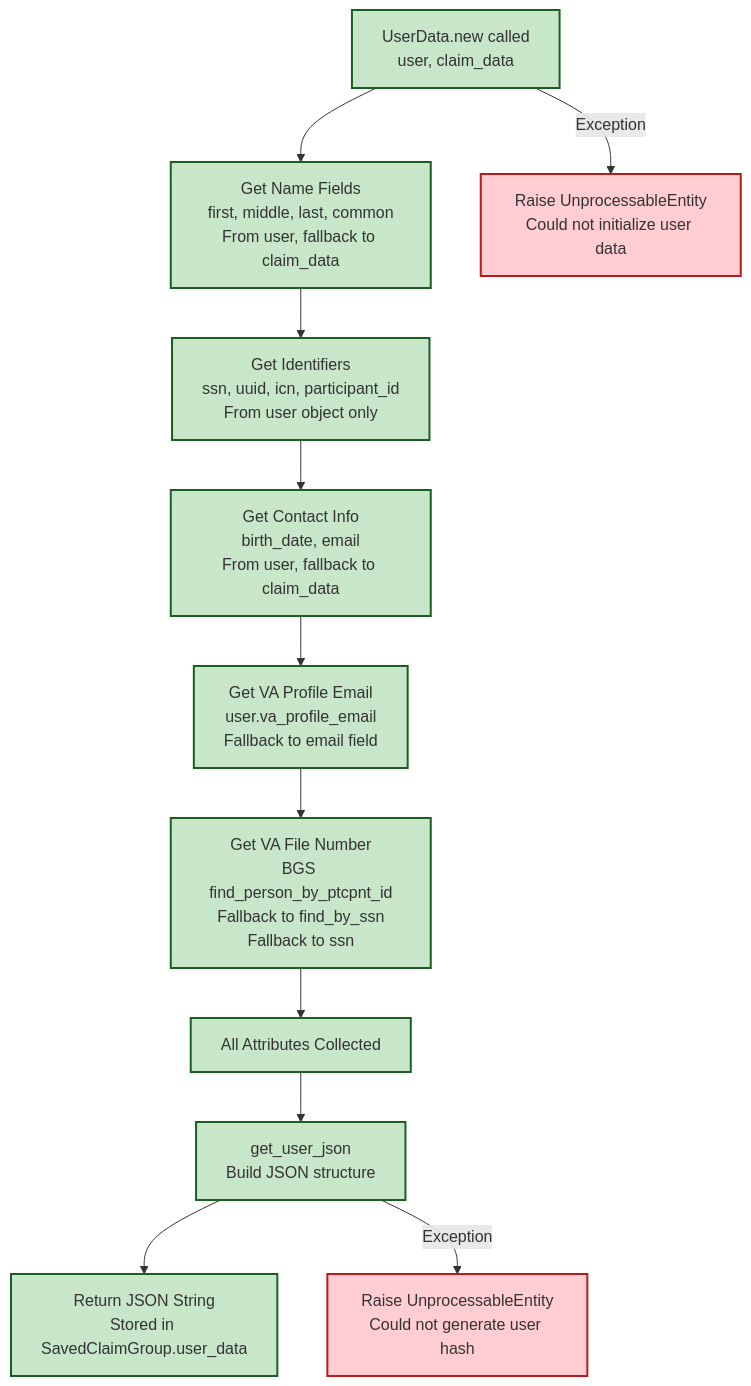
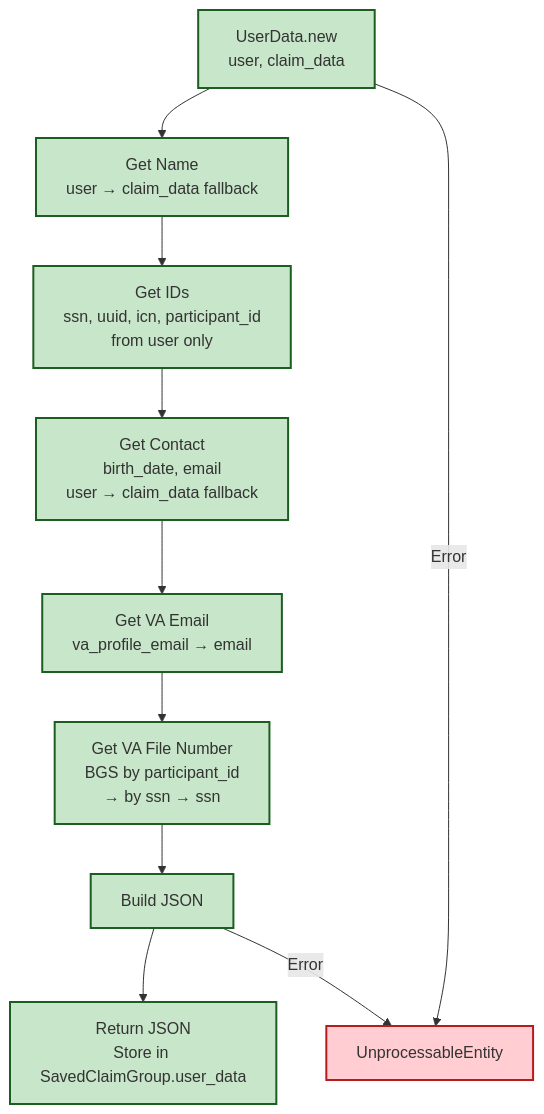
Before and after one commit to department-of-veterans-affairs/vets-api: the diagram in modules/dependents_benefits/documentation/data_flow_diagrams/userdata_flow.md, drawn with Mermaid. The commit also changed other lines of this file and 7 other files, not shown here.

````diff
--- a/modules/dependents_benefits/documentation/data_flow_diagrams/userdata_flow.md
+++ b/modules/dependents_benefits/documentation/data_flow_diagrams/userdata_flow.md
@@ -7,32 +7,26 @@
 ```mermaid
 graph TD
-    Start[UserData.new called<br/>user, claim_data] --> GetName[Get Name Fields<br/>first, middle, last, common<br/>From user, fallback to claim_data]
+    Start[UserData.new<br/>user, claim_data] --> GetName[Get Name<br/>user → claim_data fallback]
     
-    GetName --> GetIds[Get Identifiers<br/>ssn, uuid, icn, participant_id<br/>From user object only]
+    GetName --> GetIds[Get IDs<br/>ssn, uuid, icn, participant_id<br/>from user only]
     
-    GetIds --> GetContact[Get Contact Info<br/>birth_date, email<br/>From user, fallback to claim_data]
+    GetIds --> GetContact[Get Contact<br/>birth_date, email<br/>user → claim_data fallback]
     
-    GetContact --> GetVAEmail[Get VA Profile Email<br/>user.va_profile_email<br/>Fallback to email field]
+    GetContact --> GetVAEmail[Get VA Email<br/>va_profile_email → email]
     
-    GetVAEmail --> GetFileNum[Get VA File Number<br/>BGS find_person_by_ptcpnt_id<br/>Fallback to find_by_ssn<br/>Fallback to ssn]
+    GetVAEmail --> GetFileNum[Get VA File Number<br/>BGS by participant_id<br/>→ by ssn → ssn]
     
-    GetFileNum --> Complete[All Attributes Collected]
+    GetFileNum --> GetJSON[Build JSON]
     
-    Complete --> GetJSON[get_user_json<br/>Build JSON structure]
+    GetJSON --> Return[Return JSON<br/>Store in SavedClaimGroup.user_data]
     
-    GetJSON --> Return[Return JSON String<br/>Stored in SavedClaimGroup.user_data]
-    
-    %% Error Handling
-    Start -->|Exception| ErrorHandler[Raise UnprocessableEntity<br/>Could not initialize user data]
-    
-    GetJSON -->|Exception| ErrorHandler2[Raise UnprocessableEntity<br/>Could not generate user hash]
+    Start -->|Error| ErrorHandler[UnprocessableEntity]
+    GetJSON -->|Error| ErrorHandler
     
     %% Styling
     classDef process fill:#c8e6c9,stroke:#1b5e20,stroke-width:2px
-    classDef service fill:#fff3e0,stroke:#e65100,stroke-width:2px
-    classDef decision fill:#fff9c4,stroke:#f57f17,stroke-width:2px
     classDef error fill:#ffcdd2,stroke:#b71c1c,stroke-width:2px
     
-    class Start,GetName,GetIds,GetContact,GetVAEmail,GetFileNum,GetJSON,Complete,Return process
-    class ErrorHandler,ErrorHandler2 error
+    class Start,GetName,GetIds,GetContact,GetVAEmail,GetFileNum,GetJSON,Return process
+    class ErrorHandler error
 ```
````
